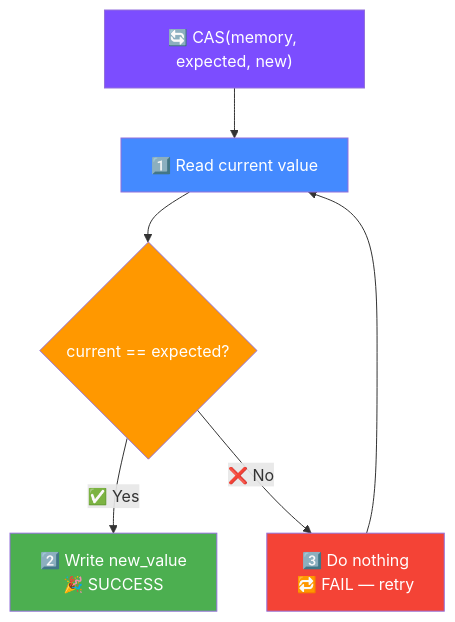
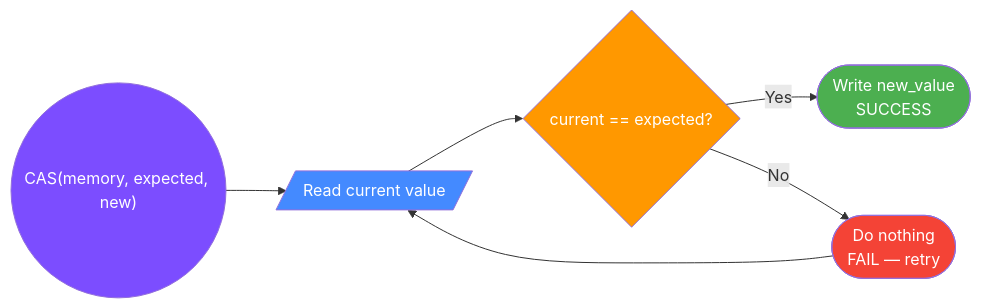
The second of 2 diagrams in docs/java/VolatileAtomics.md (saivamsikaruturi/vamsilabs-dev-notes-main), drawn with Mermaid before and after one commit. The commit also changed other lines of this file and 146 other files, not shown here.

Commit message:
Horizontal diagrams, UML class diagrams, typography overhaul, and permalink cleanup

````diff
--- a/docs/java/VolatileAtomics.md
+++ b/docs/java/VolatileAtomics.md
@@ -137,14 +140,14 @@
 ```mermaid
-graph TD
-    Start["🔄 CAS(memory, expected, new)"] --> Read["1️⃣ Read current value"]
+flowchart LR
+    Start(("CAS(memory, expected, new)")) --> Read[/"Read current value"/]
     Read --> Check{"current == expected?"}
-    Check -->|"✅ Yes"| Write["2️⃣ Write new_value<br/>🎉 SUCCESS"]
-    Check -->|"❌ No"| Retry["3️⃣ Do nothing<br/>🔁 FAIL — retry"]
+    Check -->|"Yes"| Write(["Write new_value<br/>SUCCESS"])
+    Check -->|"No"| Retry(["Do nothing<br/>FAIL — retry"])
     Retry --> Read
 
     style Start fill:#7C4DFF,color:#fff
     style Read fill:#448AFF,color:#fff
     style Check fill:#FF9800,color:#fff
     style Write fill:#4CAF50,color:#fff
     style Retry fill:#F44336,color:#fff
 ```
````
